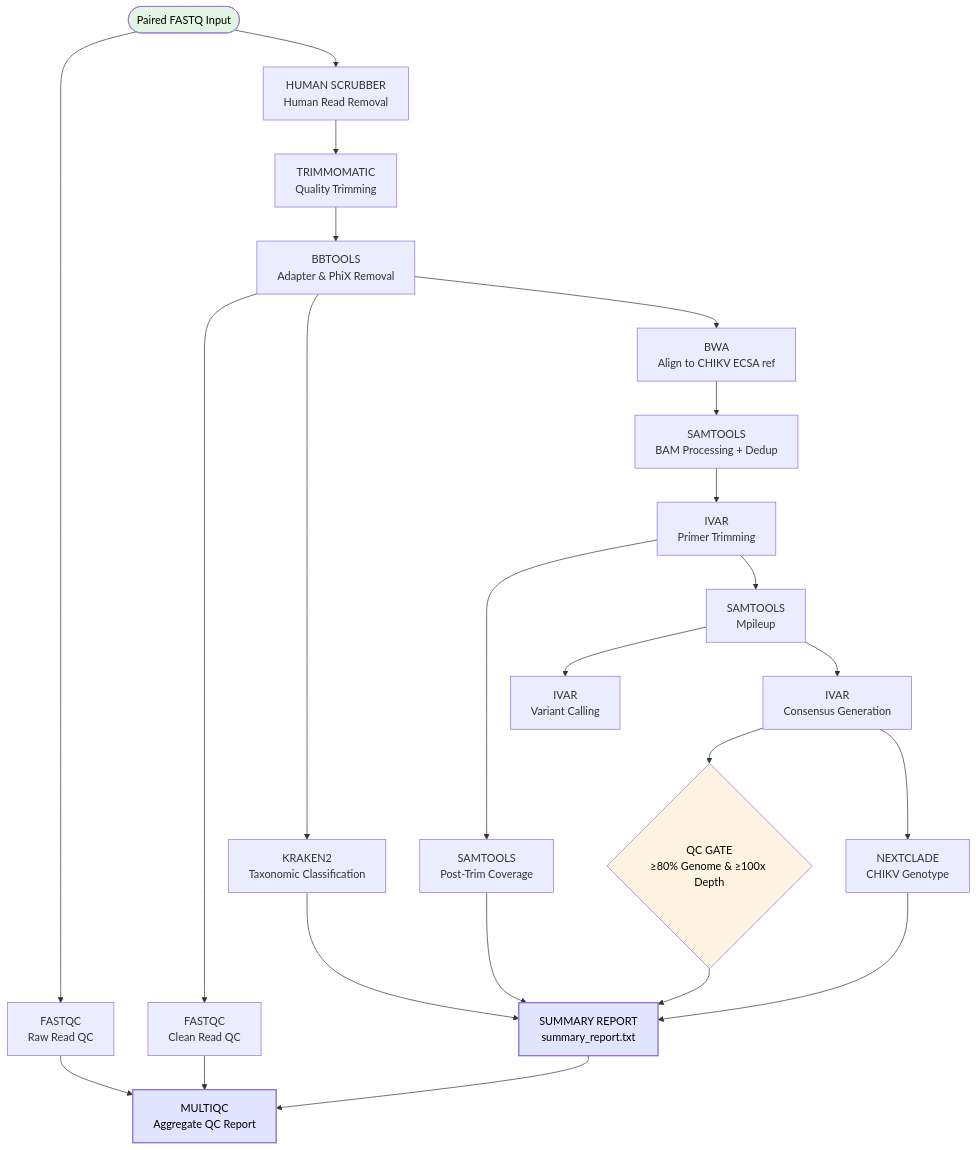
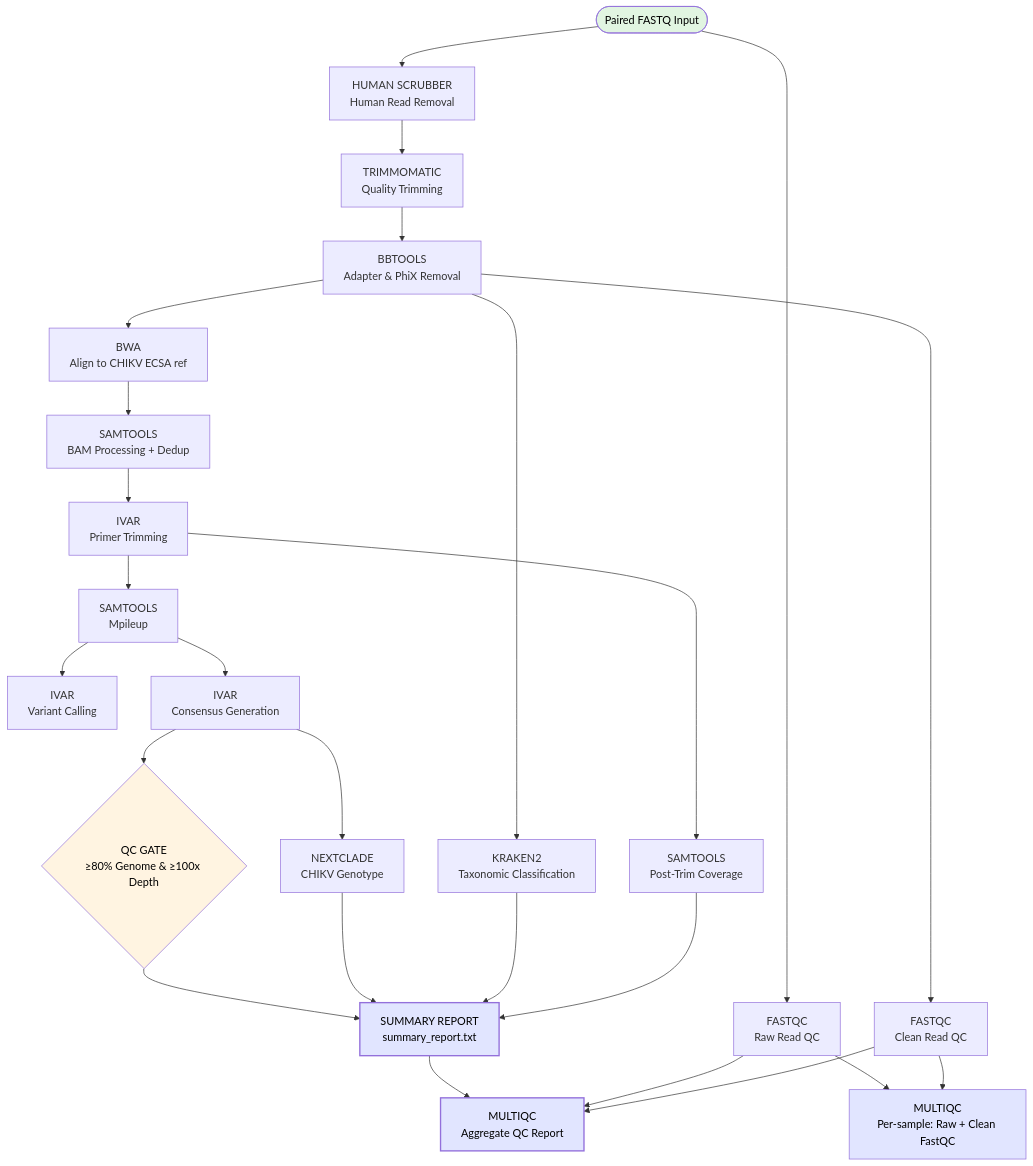
The diagram in README.md (BPHL-Molecular/Daytona_chikv), drawn with Mermaid before and after one commit. The commit also changed other lines of this file and 6 other files, not shown here.

First line of the commit message:
Add per-sample MultiQC and make bin scripts executable

````diff
--- a/README.md
+++ b/README.md
@@ -93,30 +93,33 @@
 ```mermaid
 flowchart TD
     A([Paired FASTQ Input]) --> B[FASTQC<br/>Raw Read QC]
     A --> C[HUMAN SCRUBBER<br/>Human Read Removal]
     C --> D[TRIMMOMATIC<br/>Quality Trimming]
     D --> E[BBTOOLS<br/>Adapter & PhiX Removal]
     E --> F[FASTQC<br/>Clean Read QC]
     E --> H[KRAKEN2<br/>Taxonomic Classification]
     E --> I[BWA<br/>Align to CHIKV ECSA ref]
     I --> M[SAMTOOLS<br/>BAM Processing + Dedup]
     M --> N[IVAR<br/>Primer Trimming]
     N --> O[SAMTOOLS<br/>Post-Trim Coverage]
     N --> P[SAMTOOLS<br/>Mpileup]
     P --> Q[IVAR<br/>Variant Calling]
     P --> R[IVAR<br/>Consensus Generation]
     R --> S{QC GATE<br/>≥80% Genome & ≥100x Depth}
     R --> U[NEXTCLADE<br/>CHIKV Genotype]
     S --> V[SUMMARY REPORT<br/>summary_report.txt]
     U --> V
     H --> V
     O --> V
     V --> G[MULTIQC<br/>Aggregate QC Report]
     B --> G
     F --> G
+    B --> SM[MULTIQC<br/>Per-sample: Raw + Clean FastQC]
+    F --> SM
 
     style A fill:#e1f5e1,color:#000
     style S fill:#fff4e1,color:#000
     style V fill:#e1e5ff,color:#000,stroke-width:2px
     style G fill:#e1e5ff,color:#000,stroke-width:2px
+    style SM fill:#e1e5ff,color:#000
 ```
````
